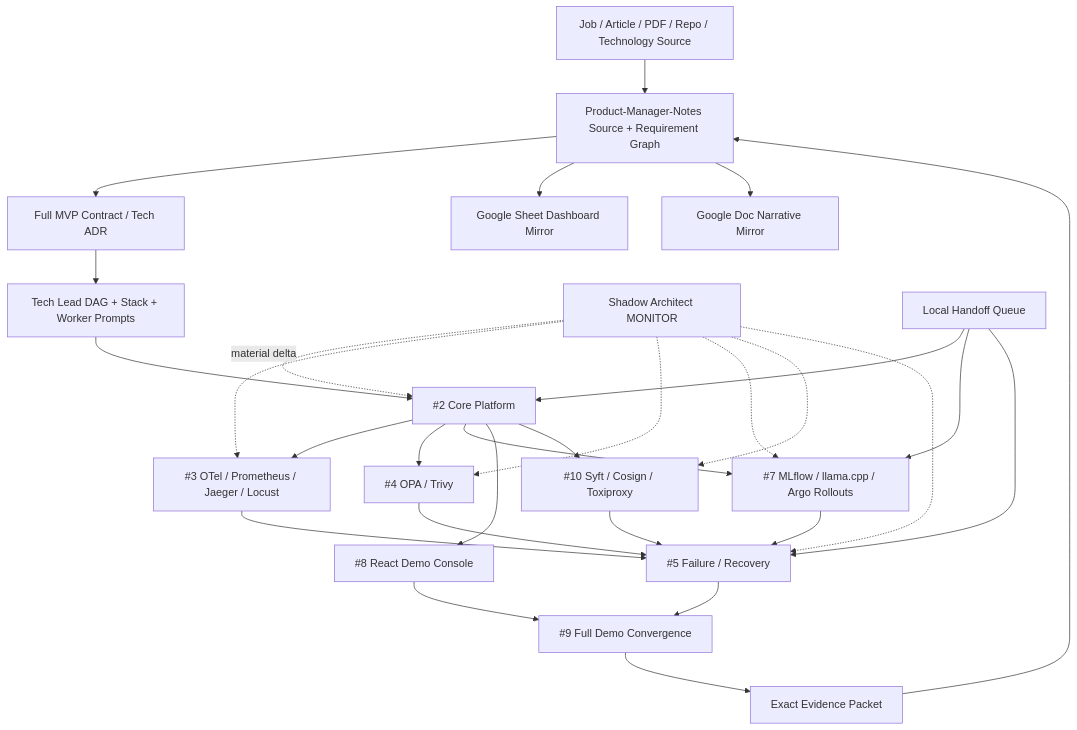
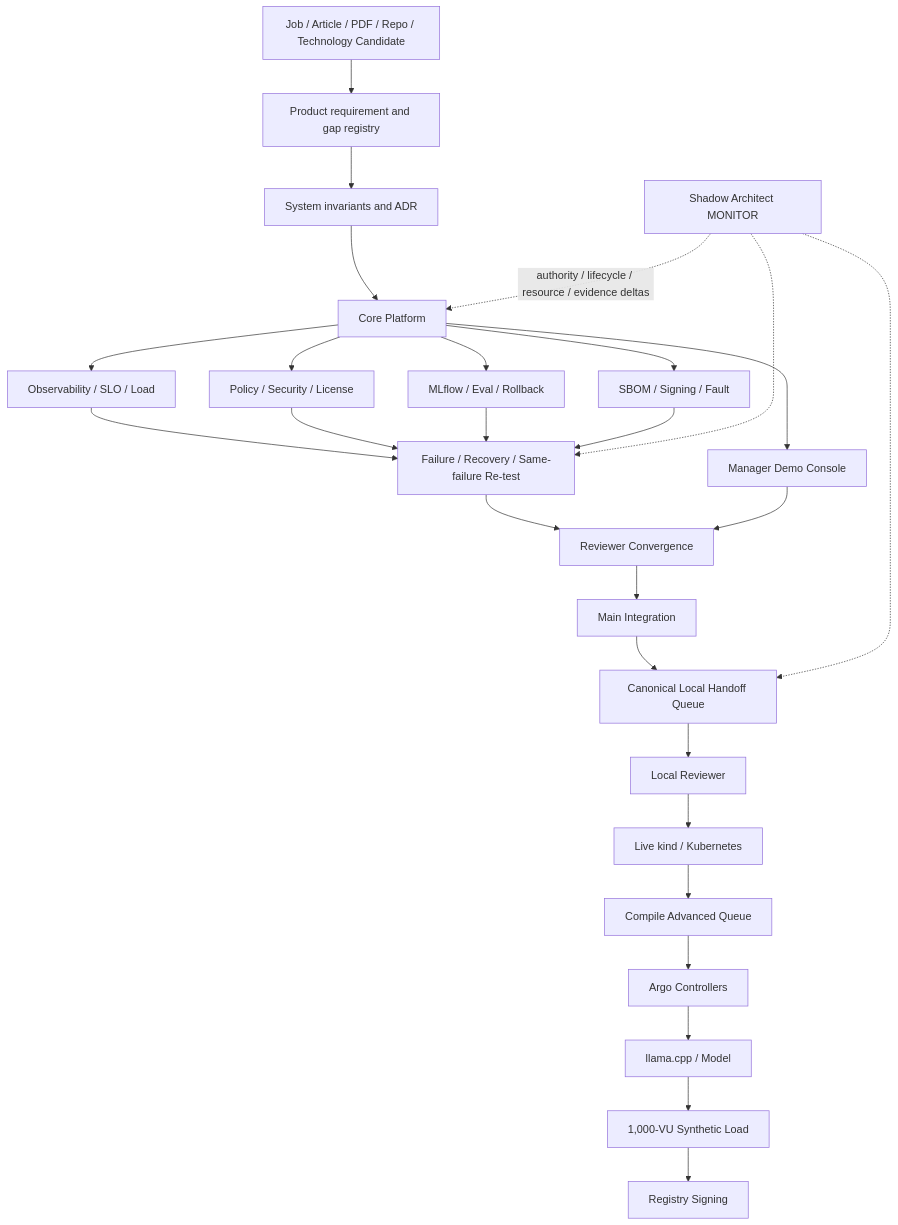
The diagram in README.md (ed3c/DevOps-Manager-Notes), drawn with Mermaid before and after one commit. The commit also changed other lines of this file and 19 other files, not shown here.

Commit message:
docs: reconcile M8 main integration and Local Handoff queue

````diff
--- a/README.md
+++ b/README.md
@@ -175,31 +167,36 @@
 ```mermaid
 flowchart TD
-    S[Job / Article / PDF / Repo / Technology Source] --> P[Product-Manager-Notes Source + Requirement Graph]
-    P --> C[Full MVP Contract / Tech ADR]
-    C --> TL[Tech Lead DAG + Stack + Worker Prompts]
-    TL --> K2[#2 Core Platform]
-    K2 --> A3[#3 OTel / Prometheus / Jaeger / Locust]
-    K2 --> E4[#4 OPA / Trivy]
-    K2 --> A7[#7 MLflow / llama.cpp / Argo Rollouts]
-    K2 --> A8[#8 React Demo Console]
-    K2 --> E10[#10 Syft / Cosign / Toxiproxy]
-    A3 --> X5[#5 Failure / Recovery]
-    E4 --> X5
-    A7 --> X5
-    E10 --> X5
-    X5 --> X9[#9 Full Demo Convergence]
-    A8 --> X9
-    X9 --> EV[Exact Evidence Packet]
-    EV --> P
-    P --> GS[Google Sheet Dashboard Mirror]
-    P --> GD[Google Doc Narrative Mirror]
-    SH[Shadow Architect MONITOR] -. material delta .-> K2
-    SH -.-> A3
-    SH -.-> E4
-    SH -.-> A7
-    SH -.-> E10
-    SH -.-> X5
-    LH[Local Handoff Queue] --> K2
-    LH --> A7
-    LH --> X5
+    JOB[Job / Article / PDF / Repo / Technology Candidate]
+      --> PRODUCT[Product requirement and gap registry]
+    PRODUCT --> CONTRACT[System invariants and ADR]
+    CONTRACT --> CORE[Core Platform]
+
+    CORE --> OBS[Observability / SLO / Load]
+    CORE --> SEC[Policy / Security / License]
+    CORE --> MLOPS[MLflow / Eval / Rollback]
+    CORE --> UI[Manager Demo Console]
+    CORE --> SUPPLY[SBOM / Signing / Fault]
+
+    OBS --> RECOVERY[Failure / Recovery / Same-failure Re-test]
+    SEC --> RECOVERY
+    MLOPS --> RECOVERY
+    SUPPLY --> RECOVERY
+
+    RECOVERY --> REVIEWER[Reviewer Convergence]
+    UI --> REVIEWER
+    REVIEWER --> MAIN[Main Integration]
+    MAIN --> HANDOFF[Canonical Local Handoff Queue]
+
+    HANDOFF --> LOCAL_REVIEWER[Local Reviewer]
+    LOCAL_REVIEWER --> KIND[Live kind / Kubernetes]
+    KIND --> COMPILE[Compile Advanced Queue]
+    COMPILE --> ARGO[Argo Controllers]
+    ARGO --> MODEL[llama.cpp / Model]
+    MODEL --> LOAD[1,000-VU Synthetic Load]
+    LOAD --> SIGN[Registry Signing]
+
+    SHADOW[Shadow Architect MONITOR]
+      -. authority / lifecycle / resource / evidence deltas .-> CORE
+    SHADOW -.-> RECOVERY
+    SHADOW -.-> HANDOFF
 ```
````
